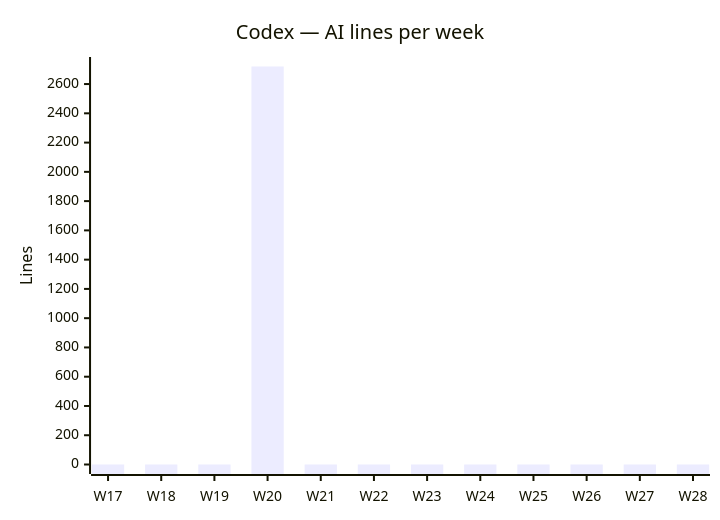
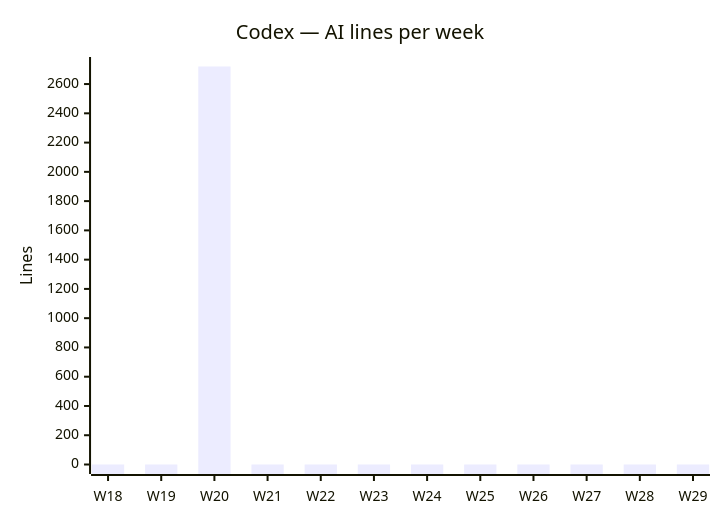
One commit to fromwaydowntown/ai-use changed the third of 4 diagrams in docs/AI_USAGE.md. Above: the diagram before and after it, drawn with Mermaid. The commit also changed other lines of this file, not shown here.

````diff
--- a/docs/AI_USAGE.md
+++ b/docs/AI_USAGE.md
@@ -39,7 +39,7 @@
 ```mermaid
 xychart-beta
     title "Codex — AI lines per week"
-    x-axis ["W17", "W18", "W19", "W20", "W21", "W22", "W23", "W24", "W25", "W26", "W27", "W28"]
+    x-axis ["W18", "W19", "W20", "W21", "W22", "W23", "W24", "W25", "W26", "W27", "W28", "W29"]
     y-axis "Lines"
-    bar [0, 0, 0, 2720, 0, 0, 0, 0, 0, 0, 0, 0]
+    bar [0, 0, 2720, 0, 0, 0, 0, 0, 0, 0, 0, 0]
 ```
````
